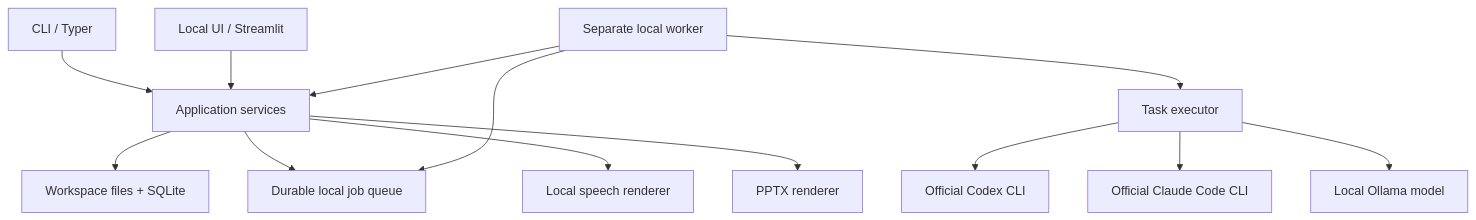
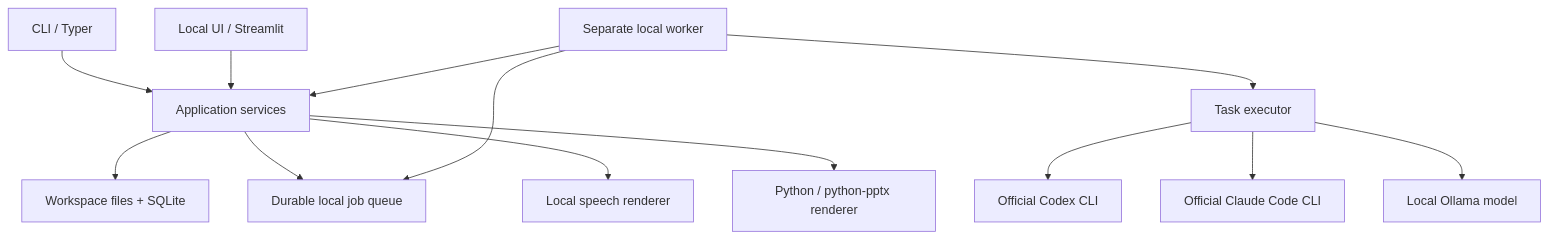
One commit to emetsds/brofessor changed the diagram in docs/architecture.md. Above: the diagram before and after it, drawn with Mermaid. The commit also changed other lines of this file and 17 other files, not shown here.

Commit message:
Replace Node PPTX rendering with python-pptx

````diff
--- a/docs/architecture.md
+++ b/docs/architecture.md
@@ -7,15 +7,15 @@
 ```mermaid
 flowchart TD
     CLI[CLI / Typer] --> APP[Application services]
     UI[Local UI / Streamlit] --> APP
     APP --> STORE[Workspace files + SQLite]
     APP --> JOBS[Durable local job queue]
     WORKER[Separate local worker] --> JOBS
     WORKER --> APP
     WORKER --> EXEC[Task executor]
     EXEC --> CODEX[Official Codex CLI]
     EXEC --> CLAUDE[Official Claude Code CLI]
     EXEC --> OLLAMA[Local Ollama model]
     APP --> TTS[Local speech renderer]
-    APP --> SLIDES[PPTX renderer]
+    APP --> SLIDES[Python / python-pptx renderer]
 ```
````
